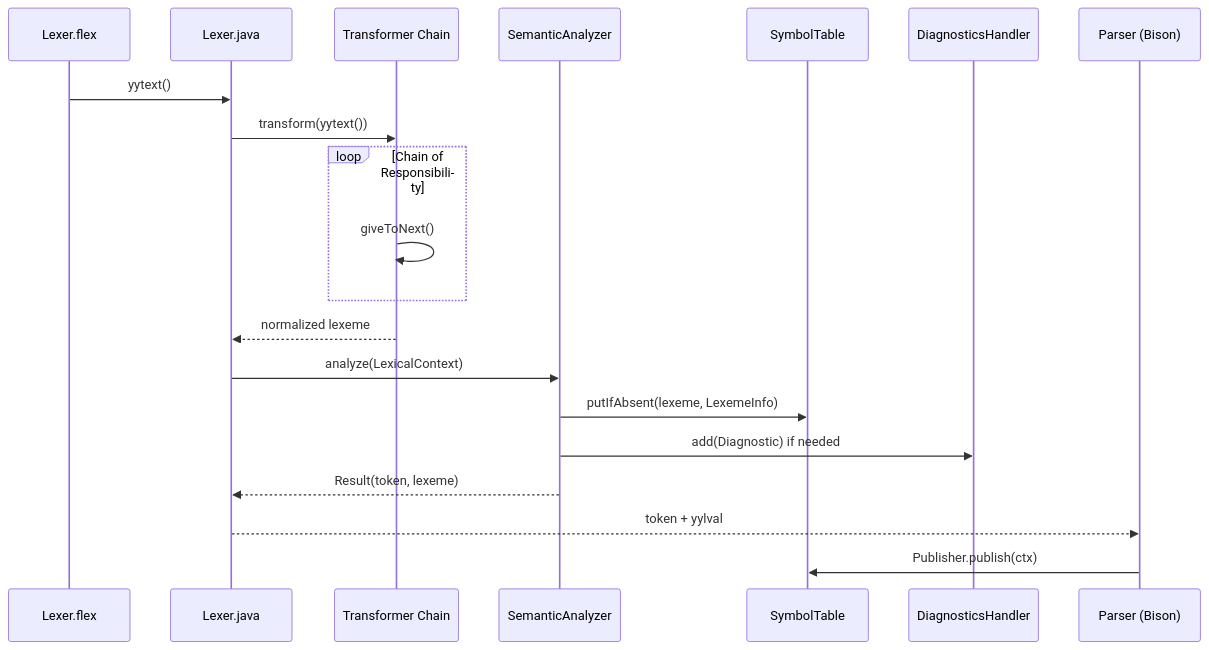
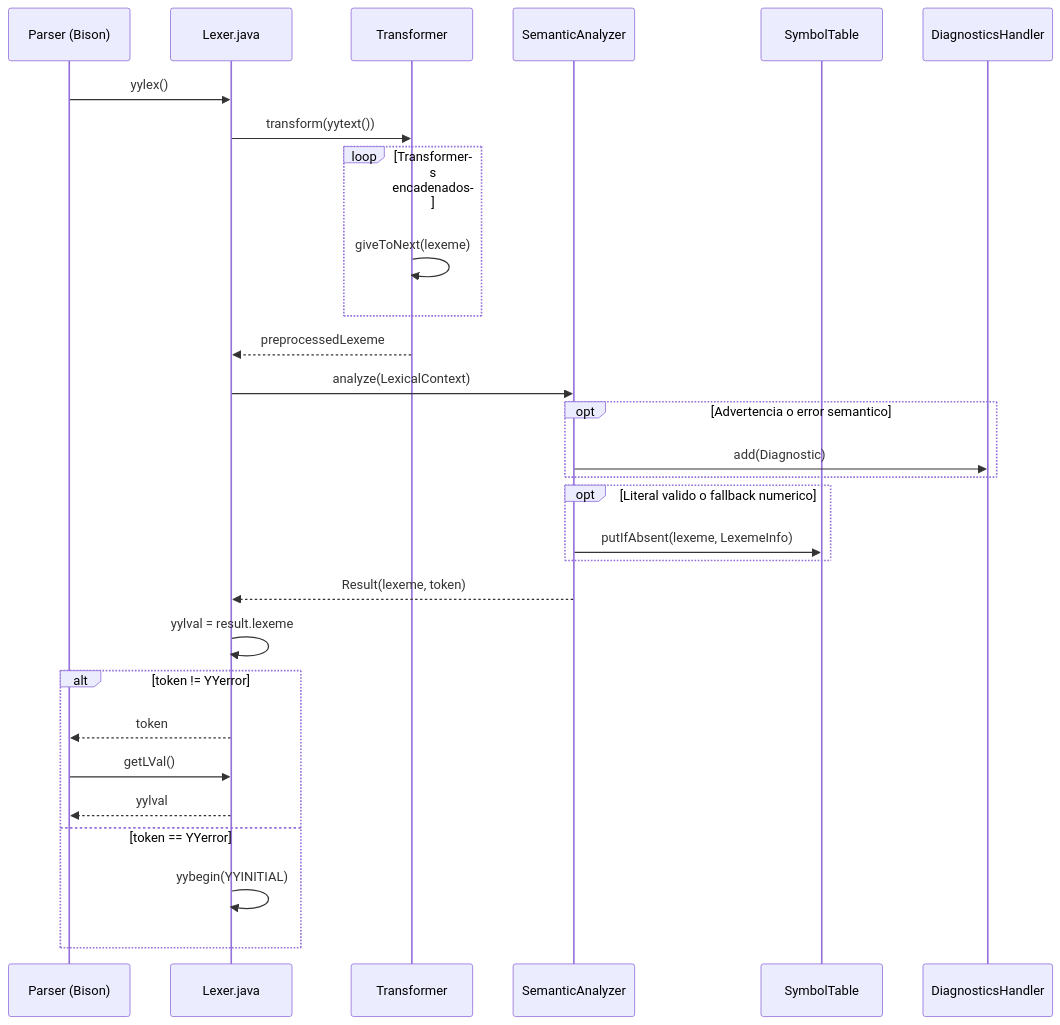
One commit to PascalUser/FLC-IEC61131-7 changed the fourth of 4 diagrams in doc/modules/lexer.md. Above: the diagram before and after it, drawn with Mermaid. The commit also changed other lines of this file and 75 other files, not shown here.

````diff
--- a/doc/modules/lexer.md
+++ b/doc/modules/lexer.md
@@ -259,23 +231,31 @@
 ```mermaid
 sequenceDiagram
-    participant JFlex as Lexer.flex
-    participant Lexer as Lexer.java
-    participant Transformer as Transformer Chain
-    participant Analyzer as SemanticAnalyzer
-    participant ST as SymbolTable
-    participant Diag as DiagnosticsHandler
-    participant Parser as Parser (Bison)
-
-    JFlex->>Lexer: yytext()
-    Lexer->>Transformer: transform(yytext())
-    loop Chain of Responsibility
-        Transformer->>Transformer: giveToNext()
+    participant P as Parser (Bison)
+    participant L as Lexer.java
+    participant T as Transformer
+    participant A as SemanticAnalyzer
+    participant S as SymbolTable
+    participant D as DiagnosticsHandler
+    P->>L: yylex()
+    L->>T: transform(yytext())
+    loop Transformers encadenados
+        T->>T: giveToNext(lexeme)
     end
-    Transformer-->>Lexer: normalized lexeme
-    Lexer->>Analyzer: analyze(LexicalContext)
-    Analyzer->>ST: putIfAbsent(lexeme, LexemeInfo)
-    Analyzer->>Diag: add(Diagnostic) if needed
-    Analyzer-->>Lexer: Result(token, lexeme)
-    Lexer-->>Parser: token + yylval
-    Parser->>ST: Publisher.publish(ctx)
+    T-->>L: preprocessedLexeme
+    L->>A: analyze(LexicalContext)
+    opt Advertencia o error semantico
+        A->>D: add(Diagnostic)
+    end
+    opt Literal valido o fallback numerico
+        A->>S: putIfAbsent(lexeme, LexemeInfo)
+    end
+    A-->>L: Result(lexeme, token)
+    L->>L: yylval = result.lexeme
+    alt token != YYerror
+        L-->>P: token
+        P->>L: getLVal()
+        L-->>P: yylval
+    else token == YYerror
+        L->>L: yybegin(YYINITIAL)
+    end
 ```
````
